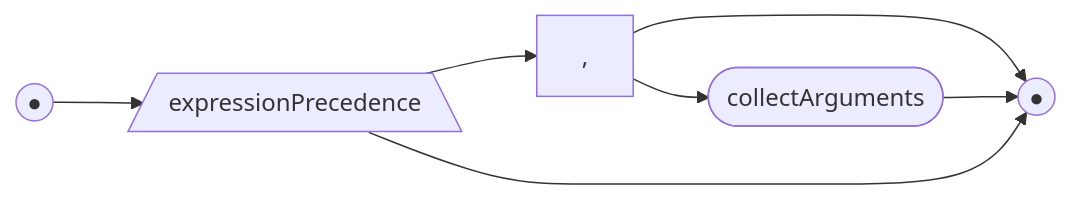
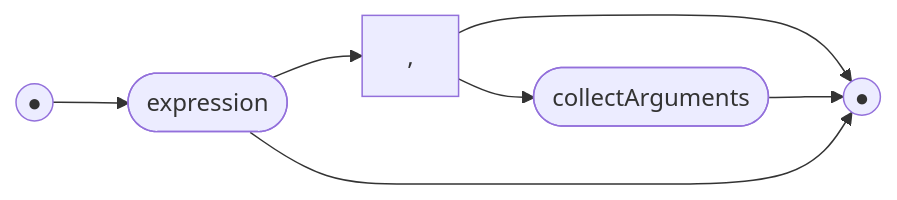
Before and after one commit to billhails/CEKF: diagram 30 of 59 in docs/railroad.md, drawn with Mermaid. The commit also changed other lines of this file and 1 other file, not shown here.

````diff
--- a/docs/railroad.md
+++ b/docs/railroad.md
@@ -419,10 +444,10 @@
 ```mermaid
 flowchart LR
 s(("●"))
 e(("●"))
-s --> ep[/expressionPrecedence\]
+s --> ep([expression])
 ep --> comma[","]
 comma --> e
 comma --> ca([collectArguments]) --> e
 ep --> e
 ```
````
